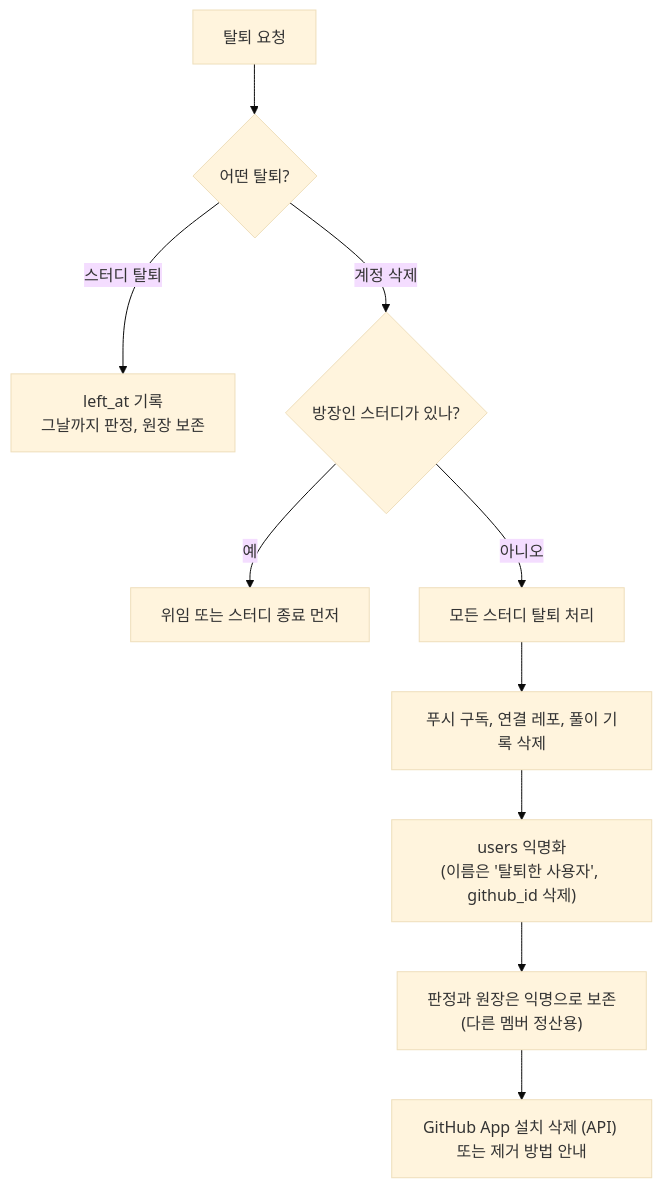
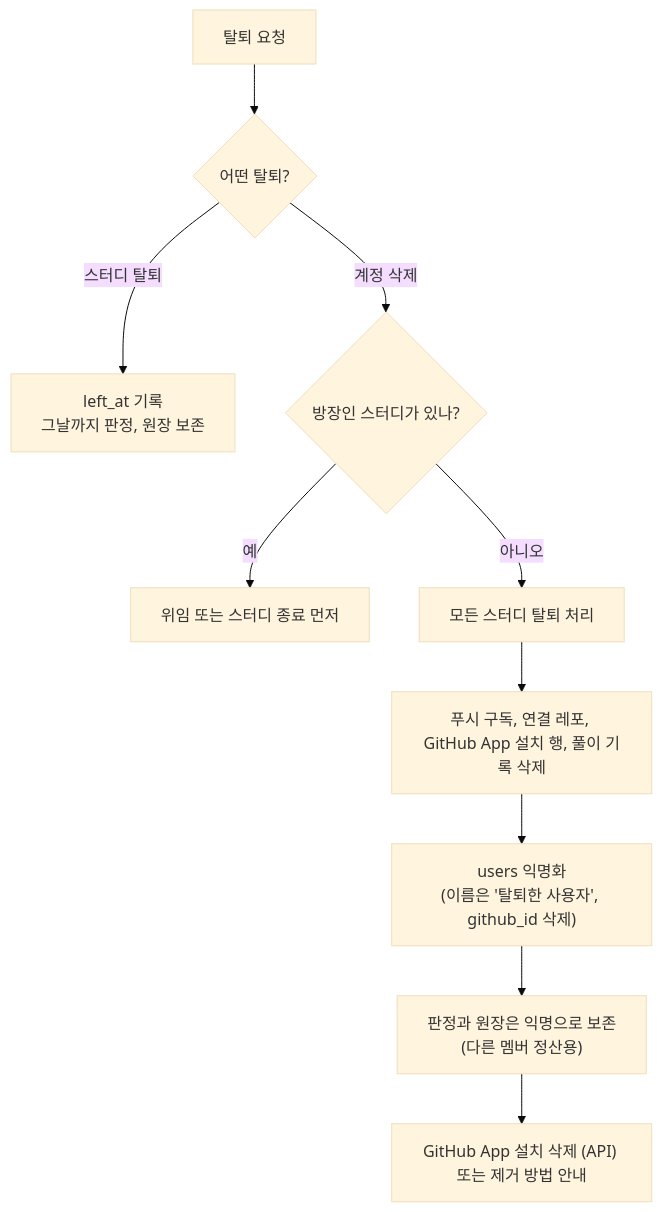
One commit to Duskafka/codingtest-harness changed the diagram in docs/spec/processes/5.16-account-deletion.md. Above: the diagram before and after it, drawn with Mermaid (base theme). The commit also changed 2 other files, not shown here.

Commit message:
docs(github): spec-reviewer 지적 반영 — 연결 행 삭제 문구, 5.16 탈퇴 삭제 대상
- data-model 4.3: "INACTIVE … 행은 지우지 않아요"가 탈퇴·정리 작업의 삭제까지 막는 것으로 읽혀서,
  '연결을 바꾸거나 끊을 때는 행을 지우지 않고 상태만 바꾼다'로 좁혔다(구현과 V5 주석 그대로).
  계정 값 NULL은 "created가 올 때까지"로 분명히 했다.
- processes 5.16: 탈퇴 때 지우는 것에 'GitHub App 설치 행'을 더했다. 결정 4 "탈퇴하면 삭제"를
  9.8과 S15에는 넣고 원본인 5.16에는 빠뜨렸었다.
- S15: 30일 정리 작업을 만들 것 4의 하위 항목에서 따로 6번으로 옮겼다. T30 괄호 목록에
  'GitHub App 설치 행'을 더했다.

결정 근거는 앞 커밋과 같다 (2026-11-24 세션 선택지 "설치 중 + 삭제 뒤 30일 (Recommended)",
선택지 설명 "탈퇴하면 삭제, 지우는 작업은 S15에서.").

Claude-Session: https://claude.ai/code/session_01QEbHQZpMTyS52tgF5pdBhm

````diff
--- a/docs/spec/processes/5.16-account-deletion.md
+++ b/docs/spec/processes/5.16-account-deletion.md
@@ -5,12 +5,12 @@
 ```mermaid
 flowchart TD
     A["탈퇴 요청"] --> B{"어떤 탈퇴?"}
     B -->|" 스터디 탈퇴 "| C["left_at 기록<br/>그날까지 판정, 원장 보존"]
     B -->|" 계정 삭제 "| D{"방장인 스터디가 있나?"}
     D -->|" 예 "| E["위임 또는 스터디 종료 먼저"]
     D -->|" 아니오 "| F["모든 스터디 탈퇴 처리"]
-    F --> G["푸시 구독, 연결 레포, 풀이 기록 삭제"]
+    F --> G["푸시 구독, 연결 레포, GitHub App 설치 행, 풀이 기록 삭제"]
     G --> H["users 익명화<br/>(이름은 '탈퇴한 사용자', github_id 삭제)"]
     H --> I["판정과 원장은 익명으로 보존<br/>(다른 멤버 정산용)"]
     I --> J["GitHub App 설치 삭제 (API) 또는 제거 방법 안내"]
 ```
````
